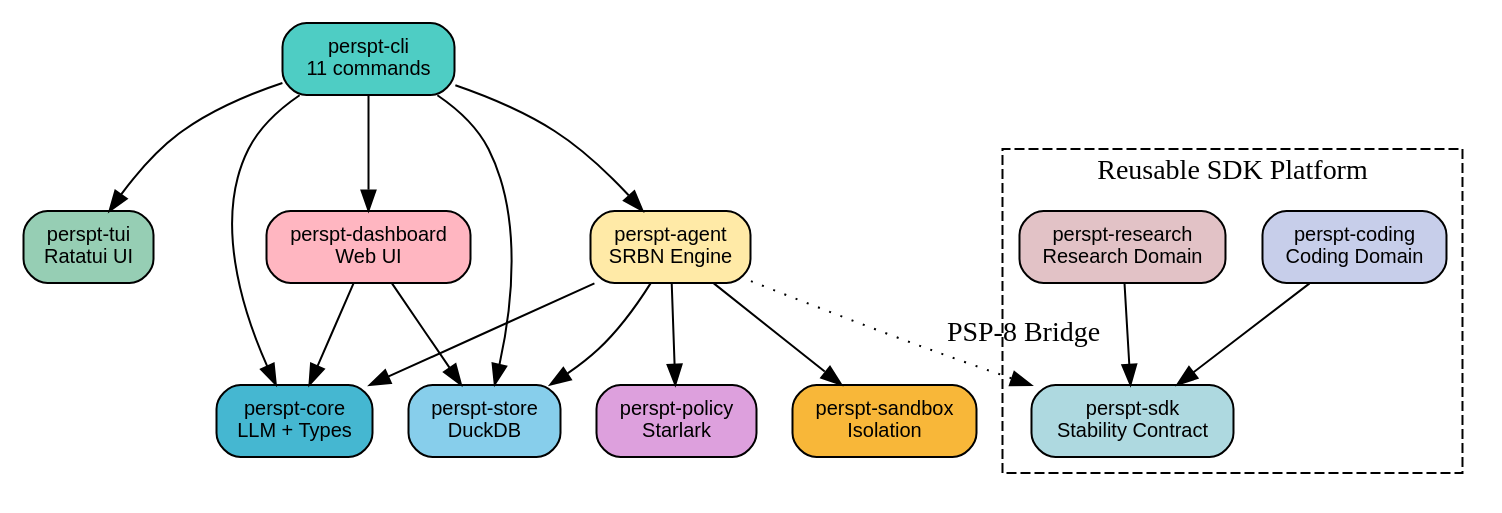
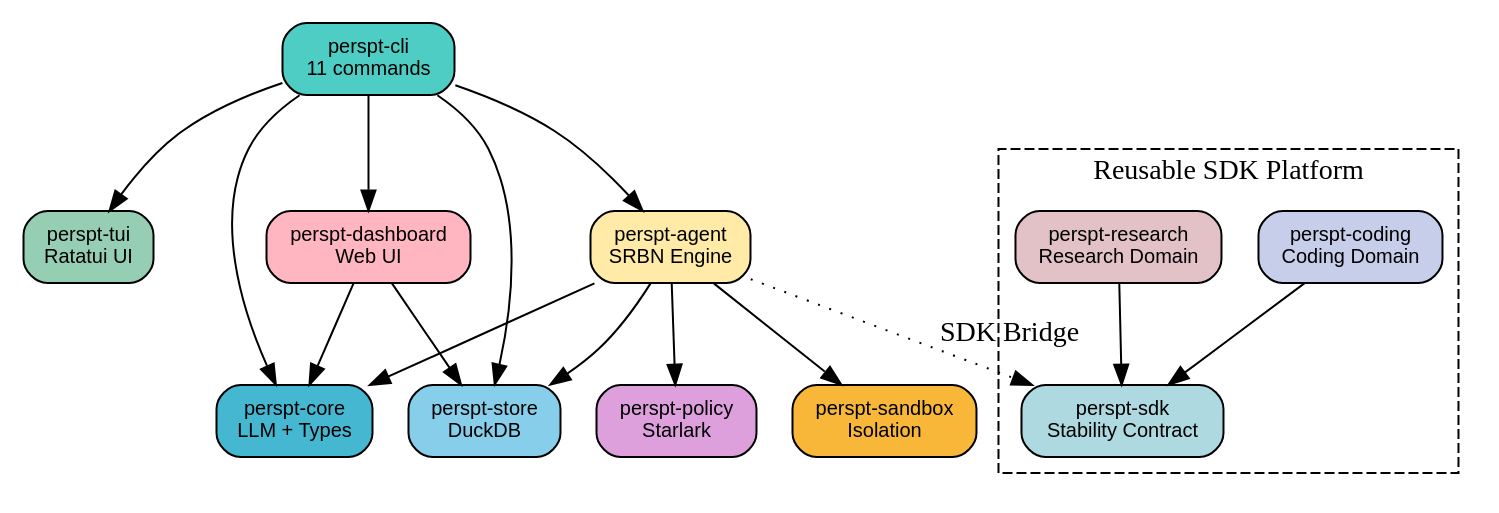
The diagram in docs/perspt_book/source/concepts/workspace-crates.rst (eonseed/perspt), drawn with Graphviz before and after one commit. The commit also changed other lines of this file and 9 other files, not shown here.

```diff
--- a/docs/perspt_book/source/concepts/workspace-crates.rst
+++ b/docs/perspt_book/source/concepts/workspace-crates.rst
@@ -10,40 +10,40 @@
 .. graphviz::
    :align: center
    :caption: Crate Dependencies
 
    digraph deps {
        rankdir=TB;
        node [shape=box, style="rounded,filled", fontname="Helvetica", fontsize=10];
 
        cli [label="perspt-cli\n11 commands", fillcolor="#4ECDC4"];
        tui [label="perspt-tui\nRatatui UI", fillcolor="#96CEB4"];
        agent [label="perspt-agent\nSRBN Engine", fillcolor="#FFEAA7"];
        core [label="perspt-core\nLLM + Types", fillcolor="#45B7D1"];
        store [label="perspt-store\nDuckDB", fillcolor="#87CEEB"];
        policy [label="perspt-policy\nStarlark", fillcolor="#DDA0DD"];
        sandbox [label="perspt-sandbox\nIsolation", fillcolor="#F8B739"];
        dashboard [label="perspt-dashboard\nWeb UI", fillcolor="#FFB6C1"];
 
        subgraph cluster_sdk {
            label="Reusable SDK Platform";
            style=dashed;
            sdk [label="perspt-sdk\nStability Contract", fillcolor="#AED9E0"];
            coding [label="perspt-coding\nCoding Domain", fillcolor="#C7CEEA"];
            research [label="perspt-research\nResearch Domain", fillcolor="#E2C2C6"];
        }
 
        cli -> tui;
        cli -> agent;
        cli -> core;
        cli -> store;
        cli -> dashboard;
        agent -> core;
        agent -> store;
        agent -> policy;
        agent -> sandbox;
-       agent -> sdk [style=dotted, label="PSP-8 Bridge"];
+       agent -> sdk [style=dotted, label="SDK Bridge"];
        coding -> sdk;
        research -> sdk;
        dashboard -> store;
        dashboard -> core;
    }
```
